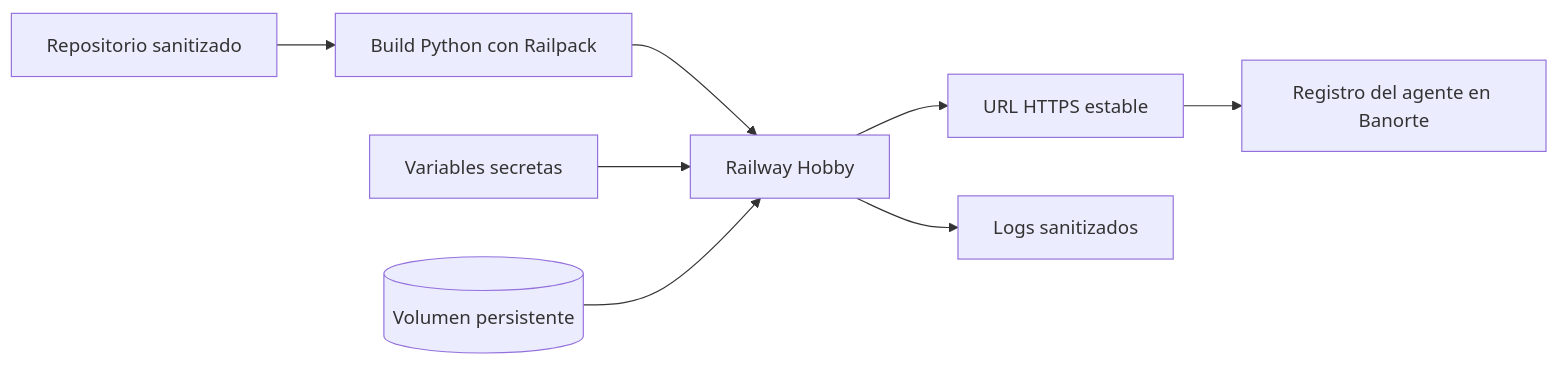
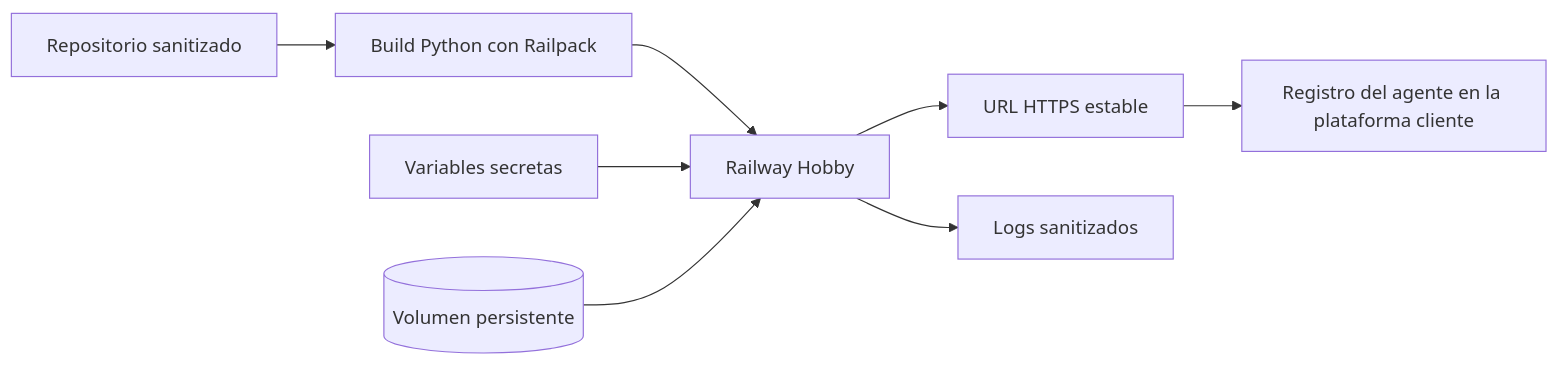
Before and after one commit to garay54/AgenteCV: the fifth of 5 diagrams in docs/arquitectura.md, drawn with Mermaid. The commit also changed other lines of this file and 24 other files, not shown here.

Commit message:
docs: anonimiza referencias del cliente y prepara entrega

````diff
--- a/docs/arquitectura.md
+++ b/docs/arquitectura.md
@@ -148,10 +148,10 @@
 ```mermaid
 flowchart LR
     GH[Repositorio sanitizado] --> RP[Build Python con Railpack]
     RP --> RW[Railway Hobby]
     SEC[Variables secretas] --> RW
     VOL[(Volumen persistente)] --> RW
     RW --> URL[URL HTTPS estable]
-    URL --> BN[Registro del agente en Banorte]
+    URL --> BN[Registro del agente en la plataforma cliente]
     RW --> LOG[Logs sanitizados]
 ```
````
